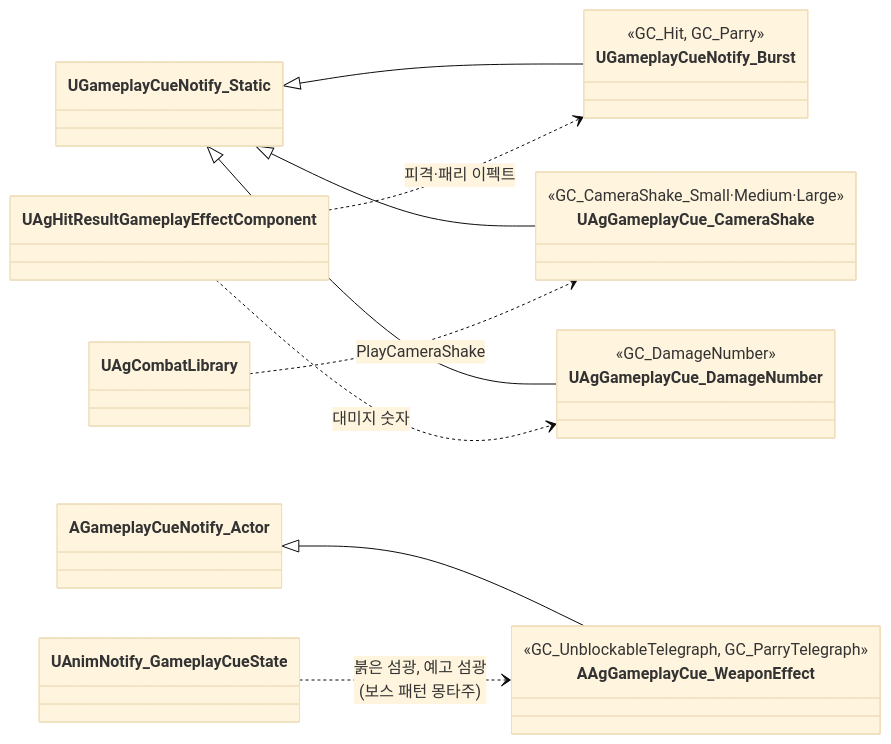
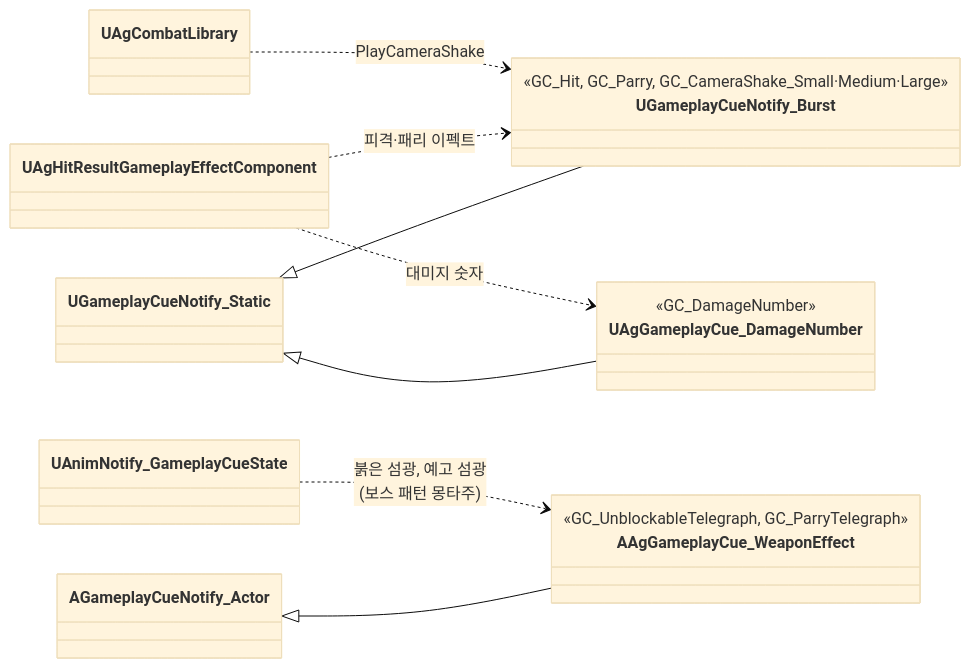
One commit to Woogl/Ag changed diagram 11 of 21 in Docs/Program/클래스 구조도.md. Above: the diagram before and after it, drawn with Mermaid (base theme). The commit also changed 72 other files, not shown here.

````diff
--- a/Docs/Program/클래스 구조도.md
+++ b/Docs/Program/클래스 구조도.md
@@ -479,25 +479,21 @@
 ```mermaid
 classDiagram
     direction LR
     class UGameplayCueNotify_Burst {
-        <<GC_Hit, GC_Parry>>
-    }
-    class UAgGameplayCue_CameraShake {
-        <<GC_CameraShake_Small·Medium·Large>>
+        <<GC_Hit, GC_Parry, GC_CameraShake_Small·Medium·Large>>
     }
     class UAgGameplayCue_DamageNumber {
         <<GC_DamageNumber>>
     }
     class AAgGameplayCue_WeaponEffect {
         <<GC_UnblockableTelegraph, GC_ParryTelegraph>>
     }
     UGameplayCueNotify_Static <|-- UGameplayCueNotify_Burst
-    UGameplayCueNotify_Static <|-- UAgGameplayCue_CameraShake
     UGameplayCueNotify_Static <|-- UAgGameplayCue_DamageNumber
     AGameplayCueNotify_Actor <|-- AAgGameplayCue_WeaponEffect
 
     UAgHitResultGameplayEffectComponent ..> UGameplayCueNotify_Burst : 피격·패리 이펙트
     UAgHitResultGameplayEffectComponent ..> UAgGameplayCue_DamageNumber : 대미지 숫자
-    UAgCombatLibrary ..> UAgGameplayCue_CameraShake : PlayCameraShake
+    UAgCombatLibrary ..> UGameplayCueNotify_Burst : PlayCameraShake
     UAnimNotify_GameplayCueState ..> AAgGameplayCue_WeaponEffect : 붉은 섬광, 예고 섬광<br>(보스 패턴 몽타주)
 ```
````
